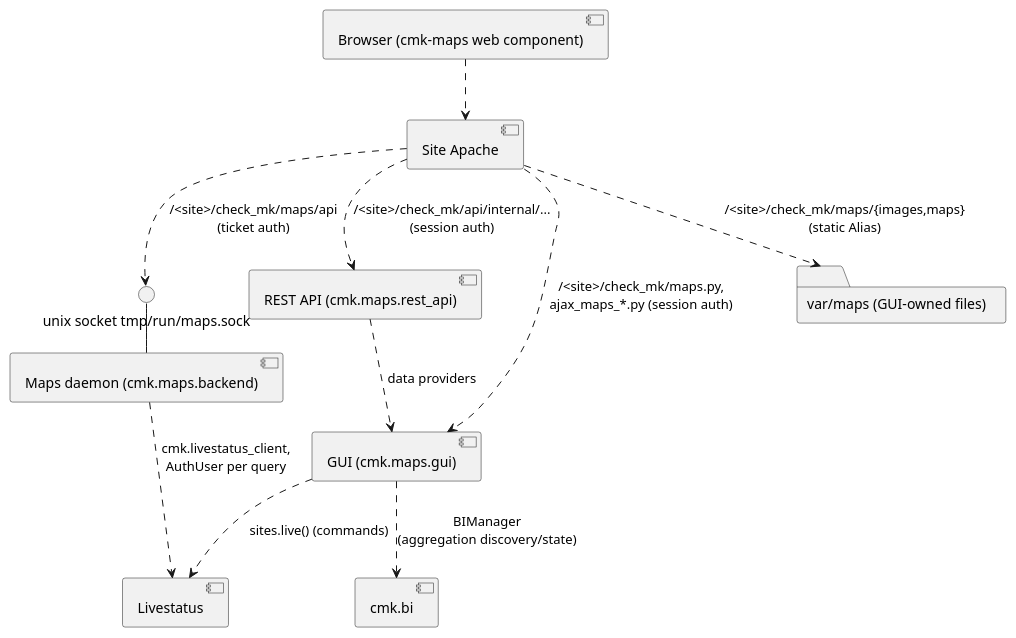
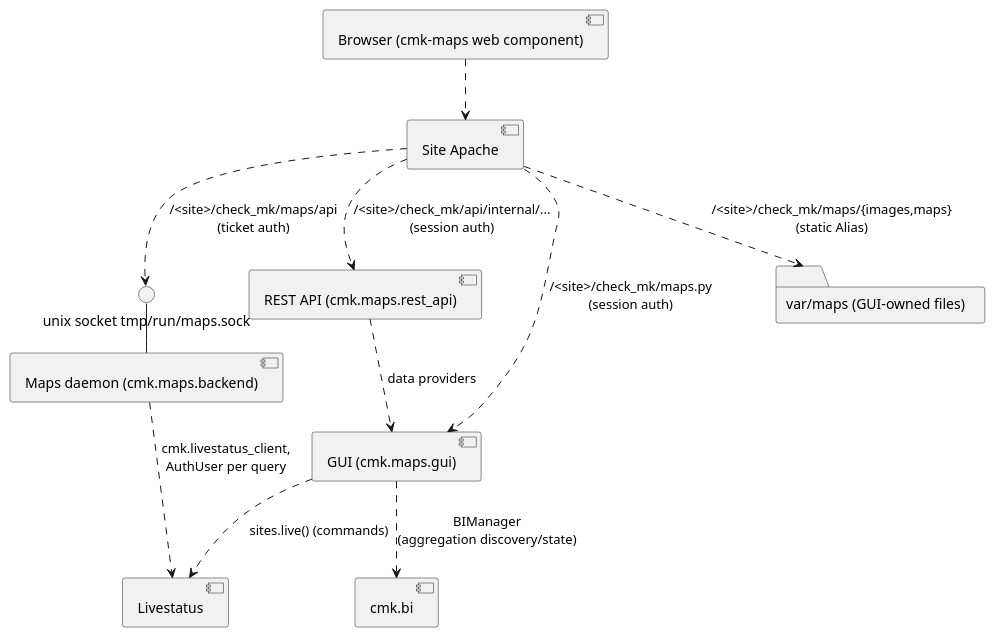
The diagram in doc/documentation/arch-comp-maps.rst (Checkmk/checkmk), drawn with PlantUML before and after one commit. The commit also changed other lines of this file and 32 other files, not shown here.

```diff
--- a/doc/documentation/arch-comp-maps.rst
+++ b/doc/documentation/arch-comp-maps.rst
@@ -140,23 +142,23 @@
 .. uml::
 
     [Browser (cmk-maps web component)] as spa
     [Site Apache] as apache
     [REST API (cmk.maps.rest_api)] as rest
     [GUI (cmk.maps.gui)] as gui
     [Maps daemon (cmk.maps.backend)] as daemon
     () "unix socket tmp/run/maps.sock" as sock
     [Livestatus] as livestatus
     [cmk.bi] as bi
 
     folder "var/maps (GUI-owned files)" as files
 
     spa ..> apache
     apache ..> rest : /<site>/check_mk/api/internal/...\n(session auth)
-    apache ..> gui : /<site>/check_mk/maps.py,\najax_maps_*.py (session auth)
+    apache ..> gui : /<site>/check_mk/maps.py\n(session auth)
     apache ..> sock : /<site>/check_mk/maps/api\n(ticket auth)
     apache ..> files : /<site>/check_mk/maps/{images,maps}\n(static Alias)
     rest ..> gui : data providers
     sock - daemon
     daemon ..> livestatus : cmk.livestatus_client,\nAuthUser per query
     gui ..> livestatus : sites.live() (commands)
     gui ..> bi : BIManager\n(aggregation discovery/state)
```
